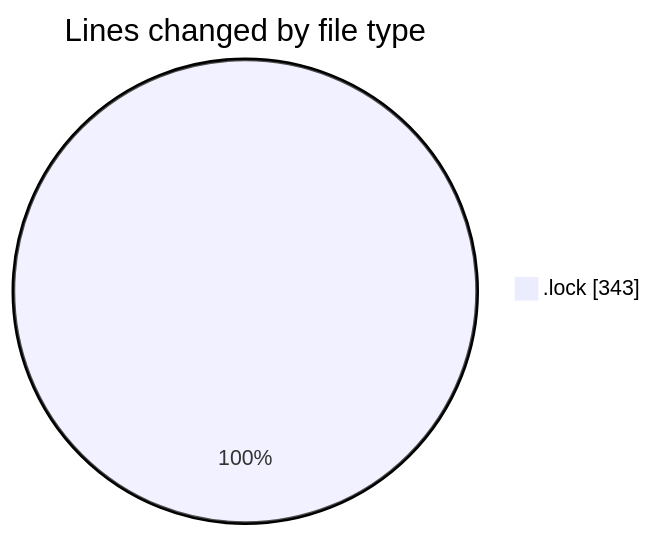
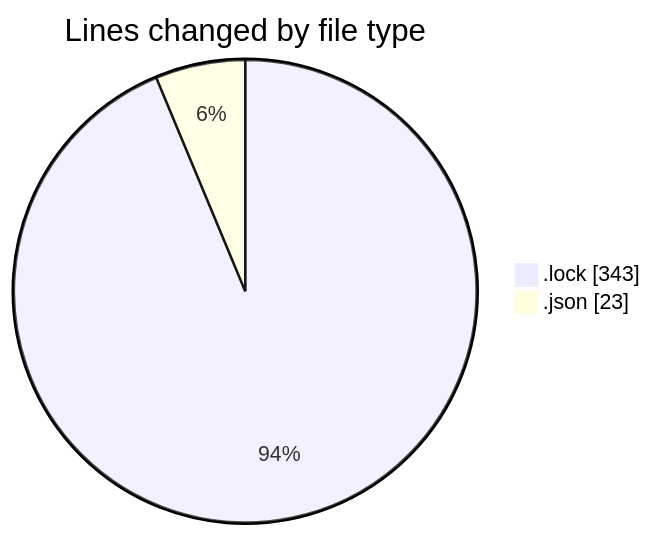
The first of 2 diagrams in 2025-01-30/cda/README.md (momahboobian/code-tracking), drawn with Mermaid before and after one commit. The commit also changed other lines of this file and 1 other file, not shown here.

Commit message:
type(activity): Modified lines of code and active time in activity.json This commit modifies the lines added and removed in activity.json, as well as the active time, which is an estimate of how long a user spent coding. The changes are relevant to the overall activity and progress of the project.

````diff
--- a/2025-01-30/cda/README.md
+++ b/2025-01-30/cda/README.md
@@ -20,5 +21,6 @@
 ```mermaid
 pie showData
 title Lines changed by file type
 ".lock" : 343
+".json" : 23
 ```
````
